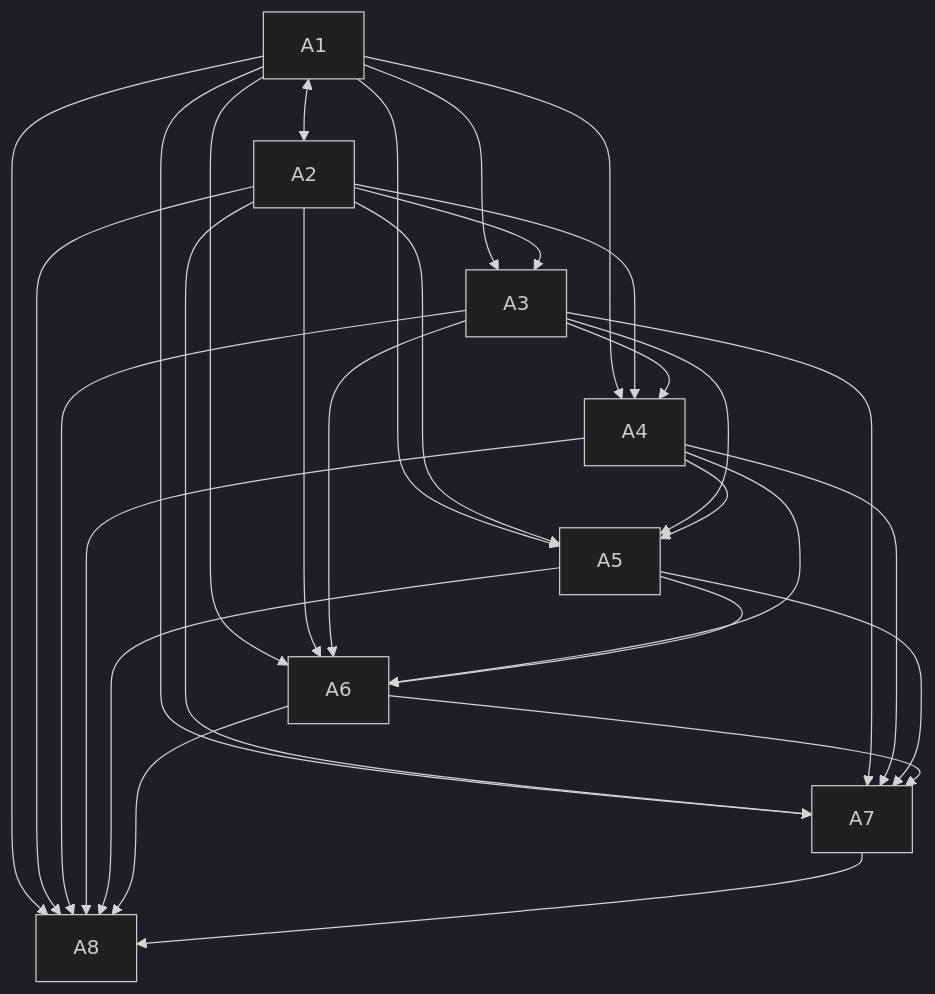
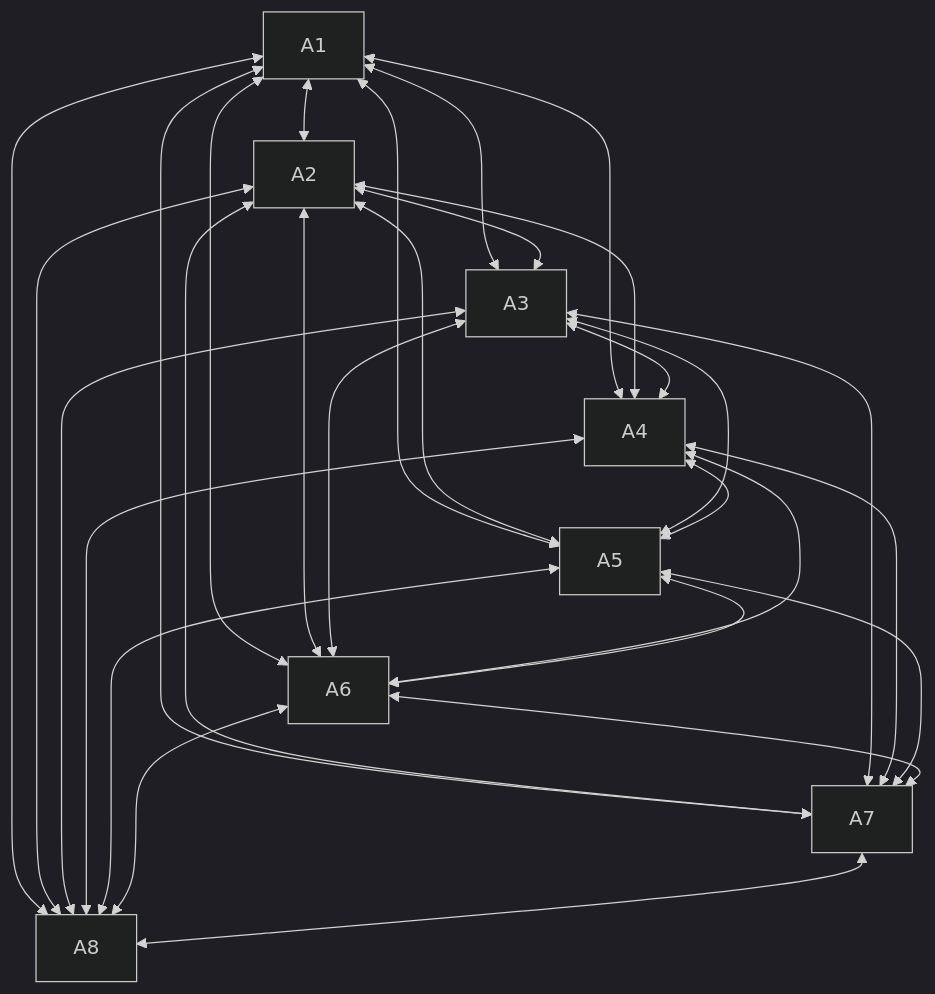
One commit to n-kodem/CitiesTravelling changed the second of 2 diagrams in README.md. Above: the diagram before and after it, drawn with Mermaid (dark theme).

Commit message:
README.md changes

````diff
--- a/README.md
+++ b/README.md
@@ -19,32 +19,32 @@
 ```mermaid
 graph TD;
       A1<-->A2
-      A1-->A3
-      A1-->A4
-      A1-->A5
-      A1-->A6
-      A1-->A7
-      A1-->A8
-      A2-->A3
-      A2-->A4
-      A2-->A5
-      A2-->A6
-      A2-->A7
-      A2-->A8
-      A3-->A4
-      A3-->A5
-      A3-->A6
-      A3-->A7
-      A3-->A8
-      A4-->A5
-      A4-->A6
-      A4-->A7
-      A4-->A8
-      A5-->A6
-      A5-->A7
-      A5-->A8
-      A6-->A7
-      A6-->A8
-      A7-->A8
+      A1<-->A3
+      A1<-->A4
+      A1<-->A5
+      A1<-->A6
+      A1<-->A7
+      A1<-->A8
+      A2<-->A3
+      A2<-->A4
+      A2<-->A5
+      A2<-->A6
+      A2<-->A7
+      A2<-->A8
+      A3<-->A4
+      A3<-->A5
+      A3<-->A6
+      A3<-->A7
+      A3<-->A8
+      A4<-->A5
+      A4<-->A6
+      A4<-->A7
+      A4<-->A8
+      A5<-->A6
+      A5<-->A7
+      A5<-->A8
+      A6<-->A7
+      A6<-->A8
+      A7<-->A8
 
 ```
````
